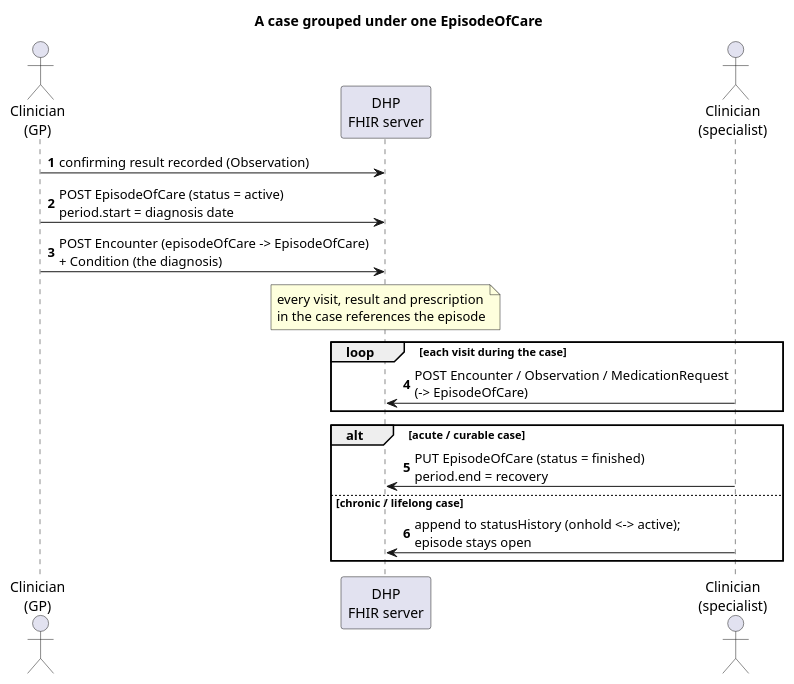
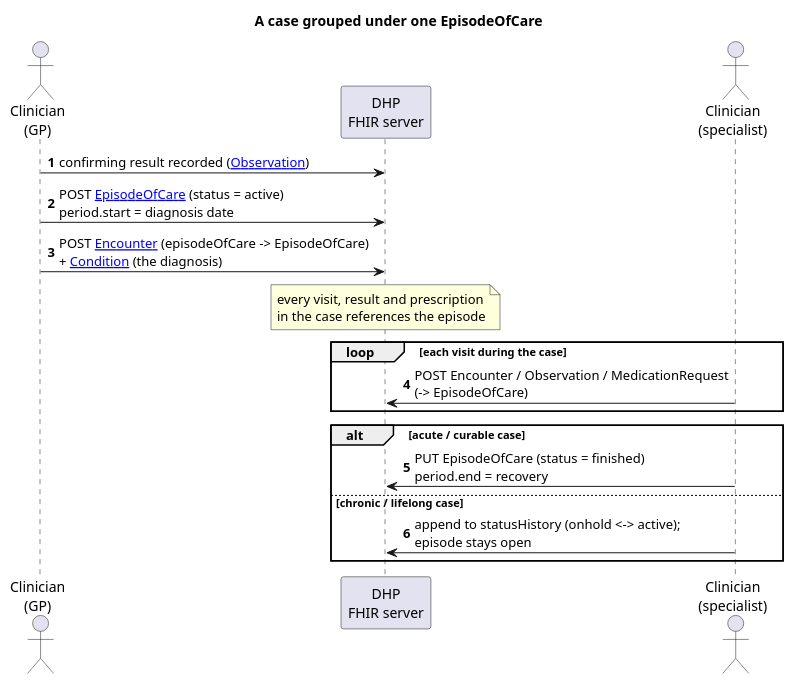
One commit to uzinfocom-org/digital-health-ig changed the diagram in input/images-source/patient-journey-sequence.plantuml. Above: the diagram before and after it, drawn with PlantUML. The commit also changed 1 other file, not shown here.

Commit message:
Link first resource instances in patient-journey and prescription diagrams

```diff
--- a/input/images-source/patient-journey-sequence.plantuml
+++ b/input/images-source/patient-journey-sequence.plantuml
@@ -1,23 +1,23 @@
 @startuml patient-journey-sequence
 title A case grouped under one EpisodeOfCare
 autonumber
 
 actor "Clinician\n(GP)" as GP
 participant "DHP\nFHIR server" as DHP
 actor "Clinician\n(specialist)" as Spec
 
-GP -> DHP : confirming result recorded (Observation)
-GP -> DHP : POST EpisodeOfCare (status = active)\nperiod.start = diagnosis date
-GP -> DHP : POST Encounter (episodeOfCare -> EpisodeOfCare)\n+ Condition (the diagnosis)
+GP -> DHP : confirming result recorded ([[StructureDefinition-uz-core-observation.html Observation]])
+GP -> DHP : POST [[StructureDefinition-uz-core-episodeofcare.html EpisodeOfCare]] (status = active)\nperiod.start = diagnosis date
+GP -> DHP : POST [[StructureDefinition-uz-core-encounter.html Encounter]] (episodeOfCare -> EpisodeOfCare)\n+ [[StructureDefinition-uz-core-condition.html Condition]] (the diagnosis)
 
 note over DHP : every visit, result and prescription\nin the case references the episode
 loop each visit during the case
   Spec -> DHP : POST Encounter / Observation / MedicationRequest\n(-> EpisodeOfCare)
 end
 
 alt acute / curable case
   Spec -> DHP : PUT EpisodeOfCare (status = finished)\nperiod.end = recovery
 else chronic / lifelong case
   Spec -> DHP : append to statusHistory (onhold <-> active);\nepisode stays open
 end
 @enduml
```
